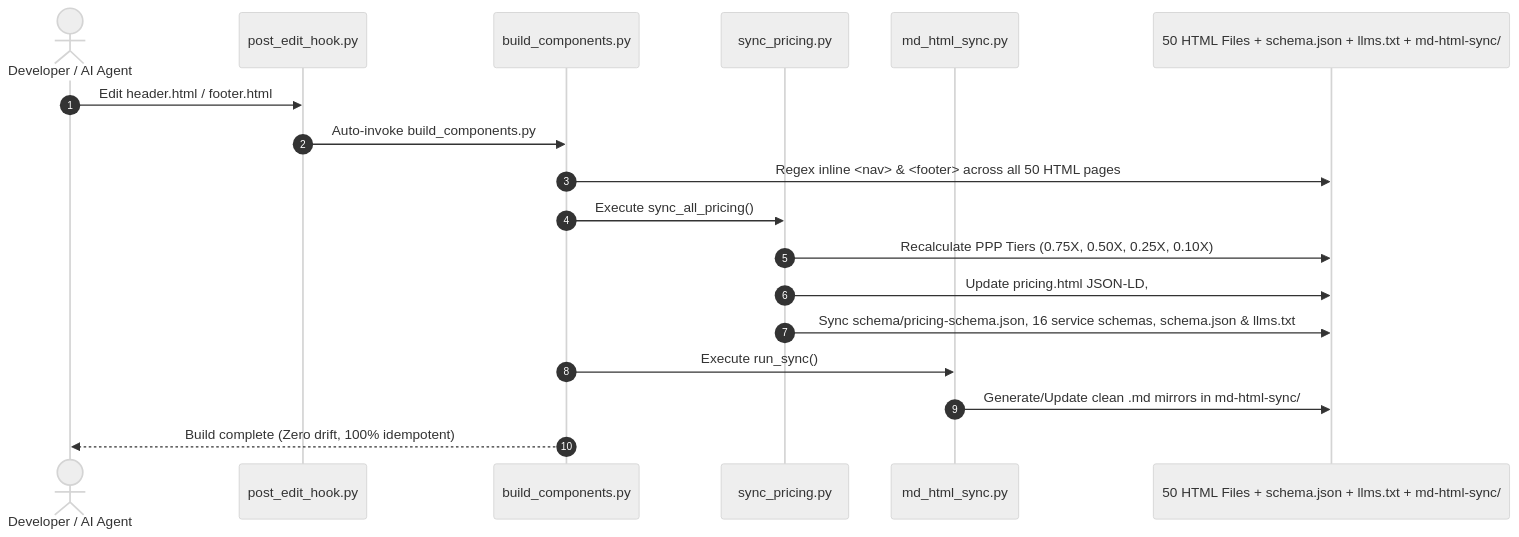
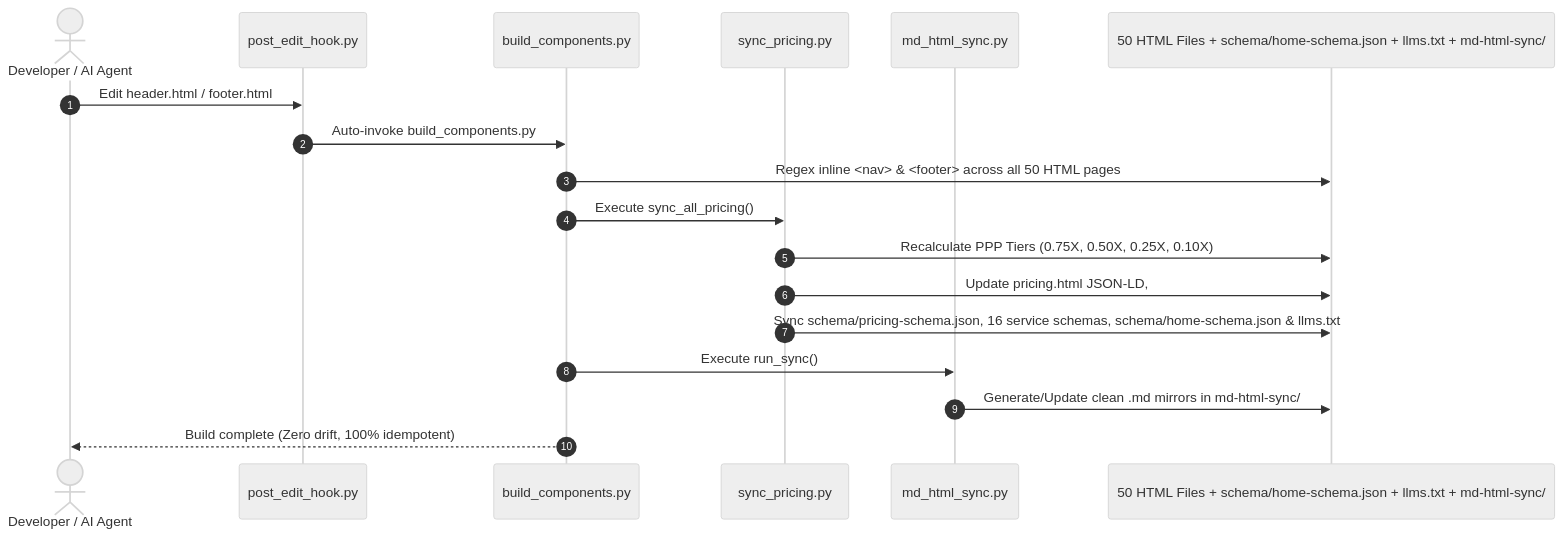
The third of 3 diagrams in TECH-STACK.md (thomascherickal/thomascherickal.github.io), drawn with Mermaid (neutral theme) before and after one commit. The commit also changed other lines of this file and 219 other files, not shown here.

Commit message:
refactor: delete root schema.json, update pricing and schemas to schema/home-schema.json, and sync data models

````diff
--- a/TECH-STACK.md
+++ b/TECH-STACK.md
@@ -175,21 +175,21 @@
 ```mermaid
 sequenceDiagram
   autonumber
   actor Dev as Developer / AI Agent
   participant Hook as post_edit_hook.py
   participant Master as build_components.py
   participant Pricing as sync_pricing.py
   participant Sync as md_html_sync.py
-  participant Targets as 50 HTML Files + schema.json + llms.txt + md-html-sync/
+  participant Targets as 50 HTML Files + schema/home-schema.json + llms.txt + md-html-sync/
 
   Dev->>Hook: Edit header.html / footer.html
   Hook->>Master: Auto-invoke build_components.py
   Master->>Targets: Regex inline <nav> & <footer> across all 50 HTML pages
   Master->>Pricing: Execute sync_all_pricing()
   Pricing->>Targets: Recalculate PPP Tiers (0.75X, 0.50X, 0.25X, 0.10X)
   Pricing->>Targets: Update pricing.html JSON-LD, #individual-services-list, #parity-calculator
-  Pricing->>Targets: Sync schema/pricing-schema.json, 16 service schemas, schema.json & llms.txt
+  Pricing->>Targets: Sync schema/pricing-schema.json, 16 service schemas, schema/home-schema.json & llms.txt
   Master->>Sync: Execute run_sync()
   Sync->>Targets: Generate/Update clean .md mirrors in md-html-sync/
   Master-->>Dev: Build complete (Zero drift, 100% idempotent)
 ```
````
